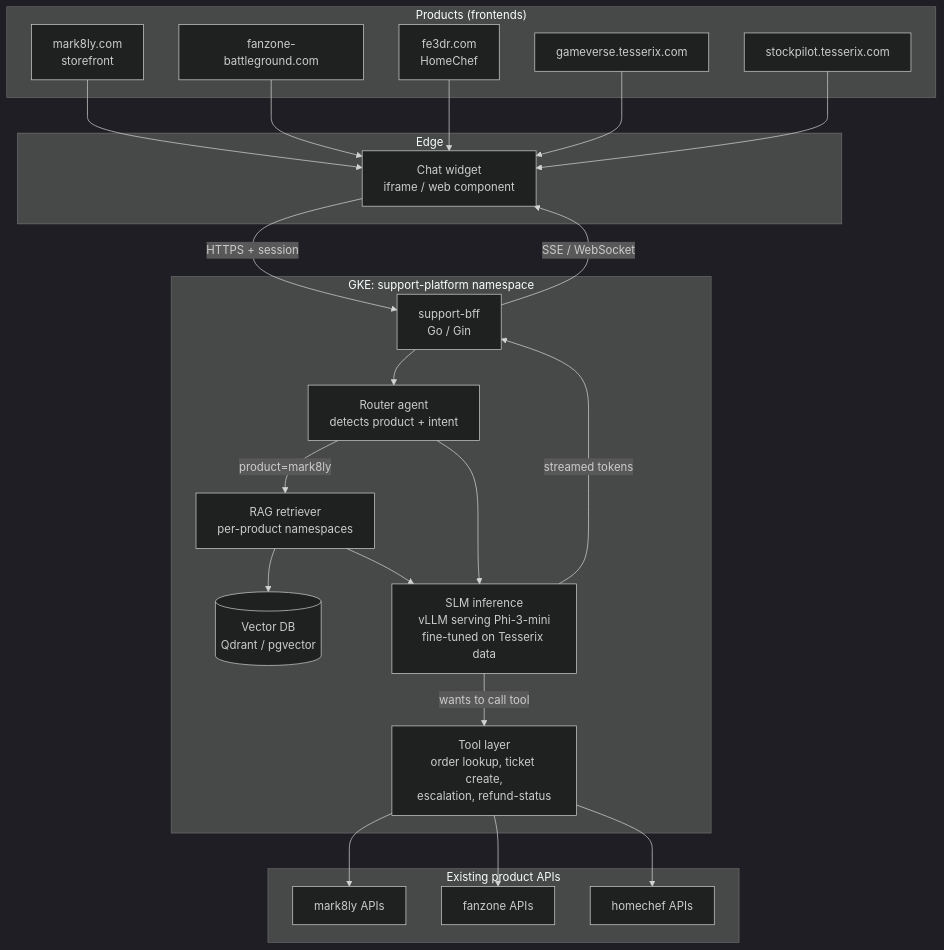
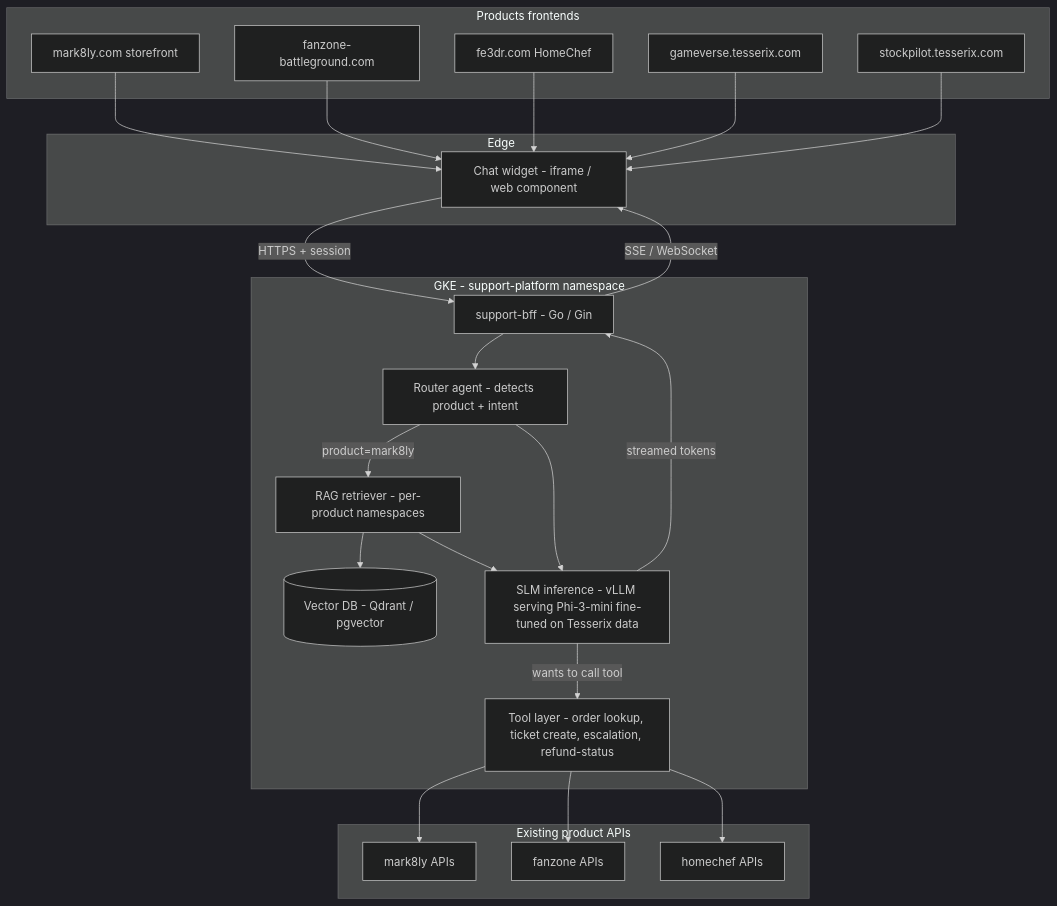
Before and after one commit to tesserix/slm-support-platform: the diagram in docs/02-end-state-architecture.md, drawn with Mermaid (dark theme). The commit also changed 3 other files, not shown here.

First line of the commit message:
fix(docs): use mermaid 'graph' keyword instead of 'flowchart' for wider renderer support

````diff
--- a/docs/02-end-state-architecture.md
+++ b/docs/02-end-state-architecture.md
@@ -17,48 +17,48 @@
 ```mermaid
-flowchart TB
-    subgraph "Products (frontends)"
-        M[mark8ly.com<br/>storefront]
+graph TB
+    subgraph products[Products frontends]
+        M[mark8ly.com storefront]
         F[fanzone-battleground.com]
-        H[fe3dr.com<br/>HomeChef]
+        H[fe3dr.com HomeChef]
         G[gameverse.tesserix.com]
         S[stockpilot.tesserix.com]
     end
 
-    subgraph "Edge"
-        CW[Chat widget<br/>iframe / web component]
+    subgraph edge[Edge]
+        CW[Chat widget - iframe / web component]
     end
 
-    subgraph "GKE: support-platform namespace"
-        BFF[support-bff<br/>Go / Gin]
-        ROUTER[Router agent<br/>detects product + intent]
-        RAG[RAG retriever<br/>per-product namespaces]
-        VDB[(Vector DB<br/>Qdrant / pgvector)]
-        SLM[SLM inference<br/>vLLM serving Phi-3-mini<br/>fine-tuned on Tesserix data]
-        TOOLS[Tool layer<br/>order lookup, ticket create,<br/>escalation, refund-status]
+    subgraph gke[GKE - support-platform namespace]
+        BFF[support-bff - Go / Gin]
+        ROUTER[Router agent - detects product + intent]
+        RAG[RAG retriever - per-product namespaces]
+        VDB[(Vector DB - Qdrant / pgvector)]
+        SLM[SLM inference - vLLM serving Phi-3-mini fine-tuned on Tesserix data]
+        TOOLS[Tool layer - order lookup, ticket create, escalation, refund-status]
     end
 
-    subgraph "Existing product APIs"
+    subgraph apis[Existing product APIs]
         MAPI[mark8ly APIs]
         FAPI[fanzone APIs]
         HAPI[homechef APIs]
     end
 
     M --> CW
     F --> CW
     H --> CW
     G --> CW
     S --> CW
 
     CW -->|HTTPS + session| BFF
     BFF --> ROUTER
     ROUTER -->|product=mark8ly| RAG
     RAG --> VDB
     ROUTER --> SLM
     RAG --> SLM
     SLM -->|wants to call tool| TOOLS
     TOOLS --> MAPI
     TOOLS --> FAPI
     TOOLS --> HAPI
     SLM -->|streamed tokens| BFF
     BFF -->|SSE / WebSocket| CW
 ```
````
